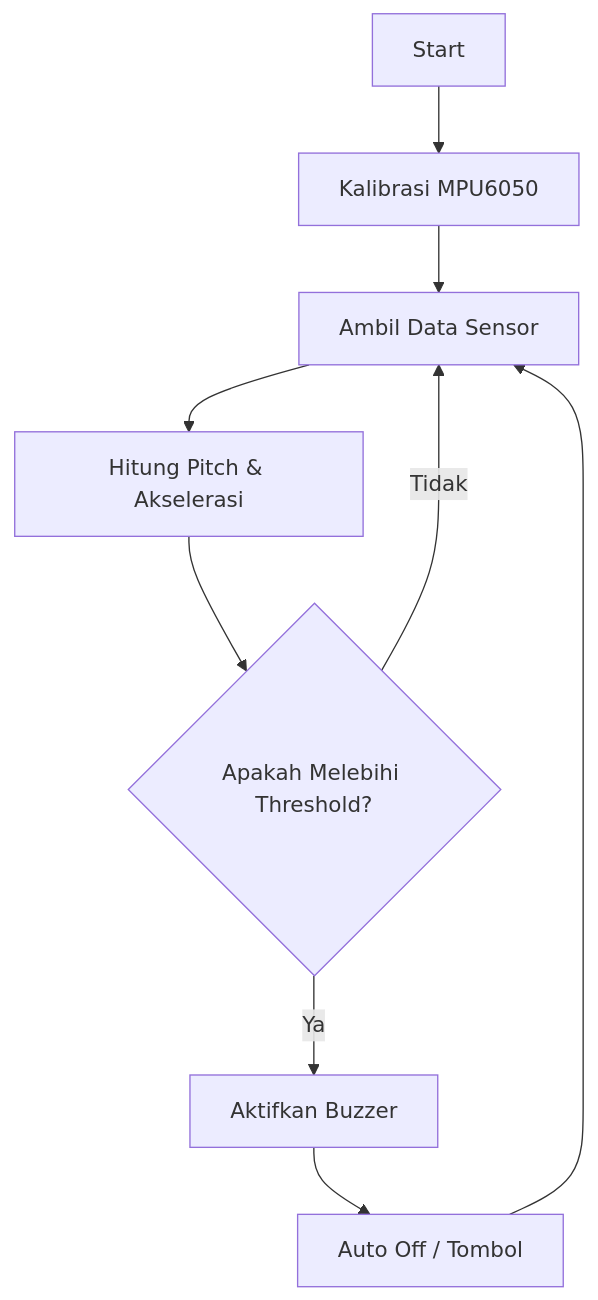
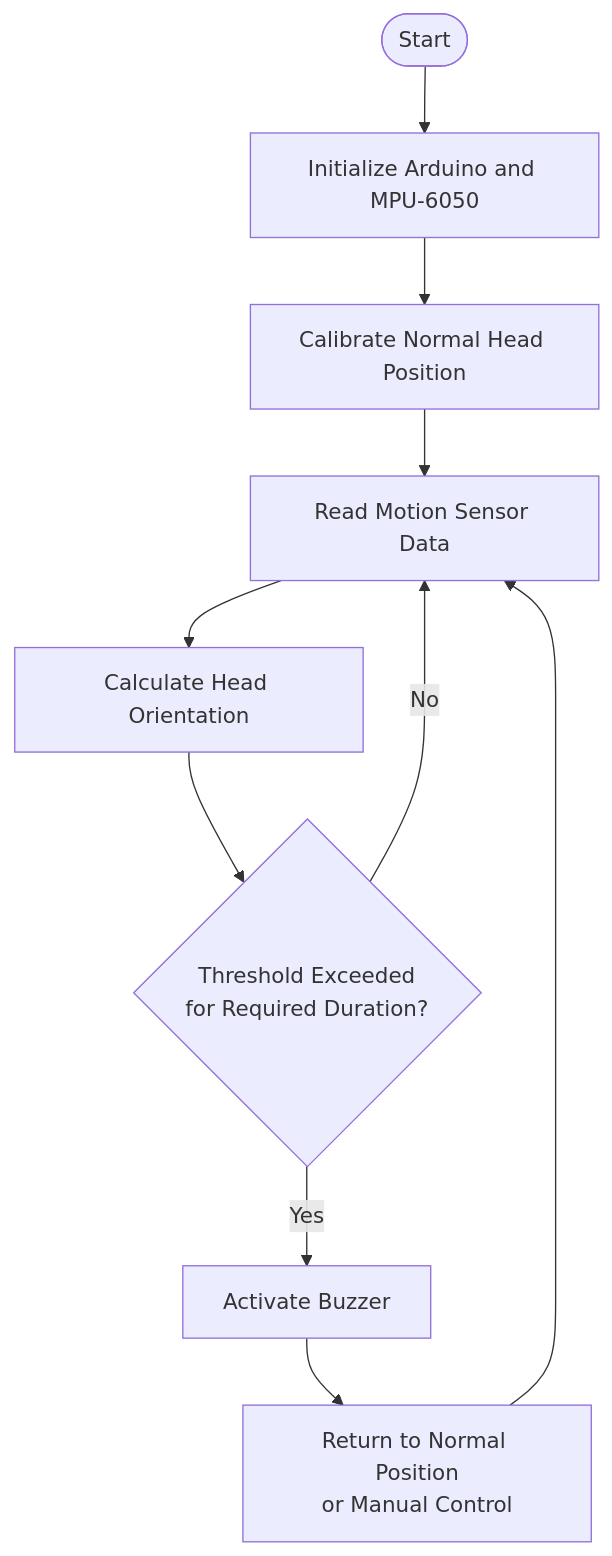
Before and after one commit to iarchonn/SADAR-Helm: the diagram in README.md, drawn with Mermaid. The commit also changed other lines of this file, not shown here.

````diff
--- a/README.md
+++ b/README.md
@@ -42,11 +61,12 @@
 ```mermaid
 flowchart TD
-A[Start] --> B[Kalibrasi MPU6050]
-B --> C[Ambil Data Sensor]
-C --> D[Hitung Pitch & Akselerasi]
-D --> E{Apakah Melebihi Threshold?}
-E -- Ya --> F[Aktifkan Buzzer]
-E -- Tidak --> C
-F --> G[Auto Off / Tombol]
-G --> C
+    A([Start]) --> B[Initialize Arduino and MPU-6050]
+    B --> C[Calibrate Normal Head Position]
+    C --> D[Read Motion Sensor Data]
+    D --> E[Calculate Head Orientation]
+    E --> F{Threshold Exceeded<br/>for Required Duration?}
+    F -- No --> D
+    F -- Yes --> G[Activate Buzzer]
+    G --> H[Return to Normal Position<br/>or Manual Control]
+    H --> D
 ```
````
